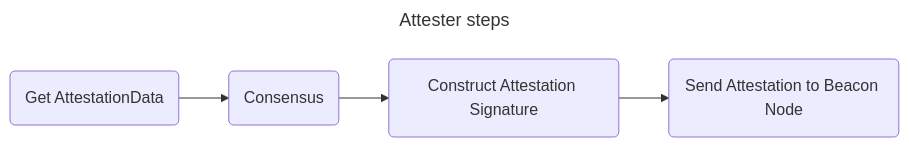
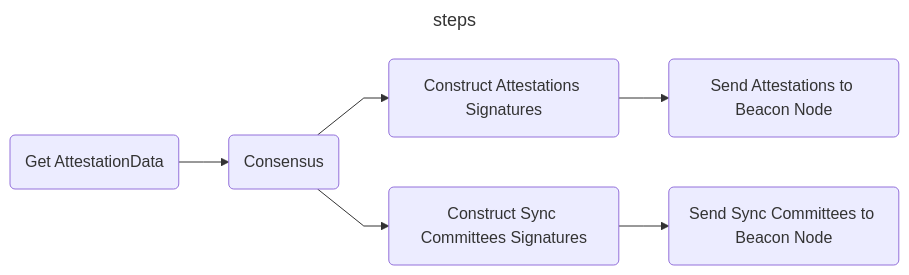
One commit to ssvlabs/knowledge-base changed the fourth of 7 diagrams in ssv-spec/README.md. Above: the diagram before and after it, drawn with Mermaid. The commit also changed other lines of this file, not shown here.

Commit message:
committee runner

````diff
--- a/ssv-spec/README.md
+++ b/ssv-spec/README.md
@@ -211,16 +210,21 @@
 ```mermaid
 ---
-title: Attester steps
+title:  steps
 ---
 %%{ init: { 'flowchart': { 'curve': 'linear' } } }%%
 flowchart LR
         attestationData(Get AttestationData)
         Consensus(Consensus)
-        attestation(Construct Attestation Signature)
-        send(Send Attestation to Beacon Node)
+        attestation(Construct Attestations Signatures)
+        SyncCommittee(Construct Sync Committees Signatures)
+        send(Send Attestations to Beacon Node)
+        sendSync(Send Sync Committees to Beacon Node)
+        
 
         attestationData-->Consensus
         Consensus-->attestation
+        Consensus-->SyncCommittee
         attestation-->send
+        SyncCommittee-->sendSync
 
 ```
````
